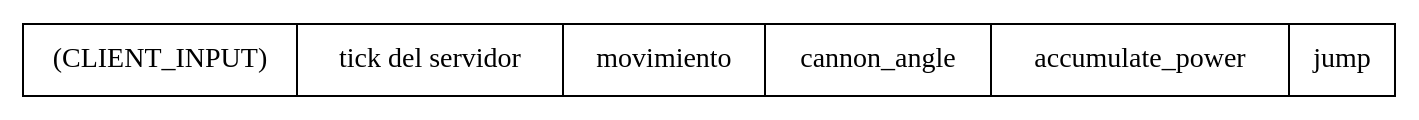
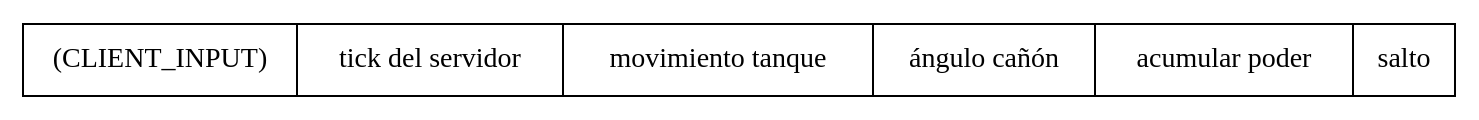
Before and after one commit to dotoscat/Polytank-ASIR: the third of 3 diagrams in docs/servidor.rst, drawn with Graphviz. The commit also changed other lines of this file, not shown here.

```diff
--- a/docs/servidor.rst
+++ b/docs/servidor.rst
@@ -69,7 +70,7 @@
     .. graphviz::
         
         graph entrada_cliente {
             "entrada cliente" [shape=record,
-            label="(CLIENT_INPUT)|tick del servidor|movimiento|cannon_angle|accumulate_power|jump"
+            label="(CLIENT_INPUT)|tick del servidor|movimiento tanque|ángulo cañón|acumular poder|salto"
             ];
         }
```
